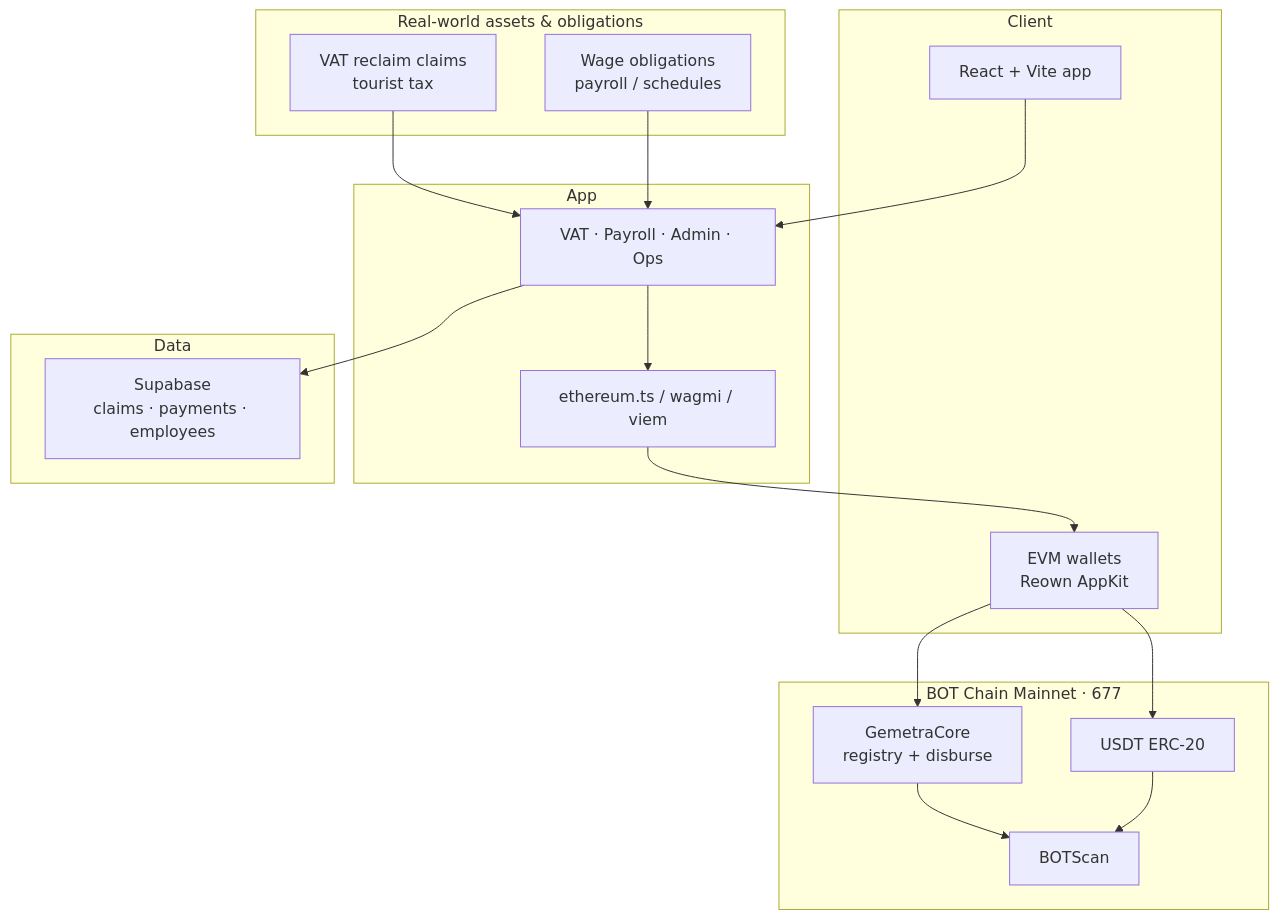
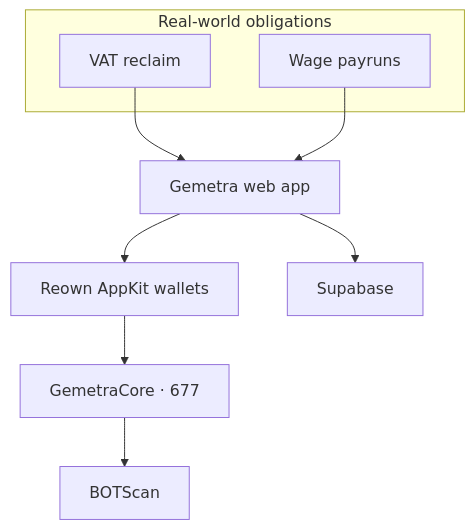
One commit to AmaanSayyad/Gemetra-BotChain changed the first of 2 diagrams in README.md. Above: the diagram before and after it, drawn with Mermaid. The commit also changed other lines of this file, not shown here.

````diff
--- a/README.md
+++ b/README.md
@@ -57,38 +60,19 @@
 ```mermaid
 flowchart TB
-  subgraph RealWorld["Real-world assets & obligations"]
-    VATRW["VAT reclaim claims<br/>tourist tax"]
-    WAGERW["Wage obligations<br/>payroll / schedules"]
+  subgraph RW["Real-world obligations"]
+    VAT["VAT reclaim"]
+    PAY["Wage payruns"]
   end
+  APP["Gemetra web app"]
+  W["Reown AppKit wallets"]
+  SB["Supabase"]
+  CORE["GemetraCore · 677"]
+  SCAN["BOTScan"]
 
-  subgraph Client
-    WEB["React + Vite app"]
-    W["EVM wallets<br/>Reown AppKit"]
-  end
-
-  subgraph App
-    UI["VAT · Payroll · Admin · Ops"]
-    ETH["ethereum.ts / wagmi / viem"]
-  end
-
-  subgraph Data
-    SB["Supabase<br/>claims · payments · employees"]
-  end
-
-  subgraph BOT["BOT Chain Mainnet · 677"]
-    CORE["GemetraCore<br/>registry + disburse"]
-    USDT["USDT ERC-20"]
-    SCAN["BOTScan"]
-  end
-
-  VATRW --> UI
-  WAGERW --> UI
-  WEB --> UI
-  UI --> ETH
-  UI --> SB
-  ETH --> W
+  VAT --> APP
+  PAY --> APP
+  APP --> W
+  APP --> SB
   W --> CORE
-  W --> USDT
   CORE --> SCAN
-  USDT --> SCAN
 ```
````
